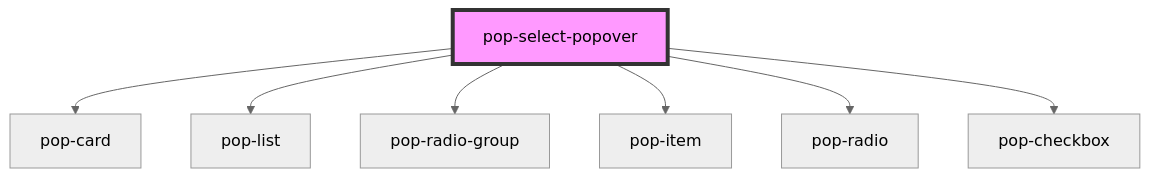
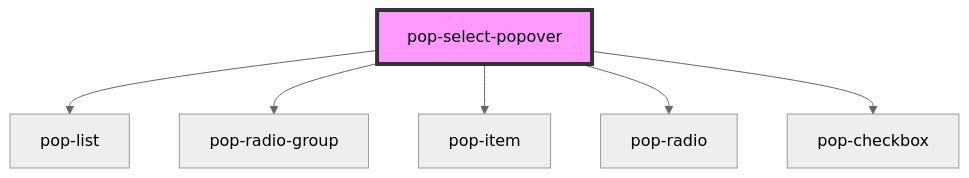
The diagram in core/src/components/select-popover/readme.md (CheeseGrinder/poppy-ui), drawn with Mermaid (neutral theme) before and after one commit. The commit also changed other lines of this file and 12 other files, not shown here.

````diff
--- a/core/src/components/select-popover/readme.md
+++ b/core/src/components/select-popover/readme.md
@@ -31,10 +30,9 @@
 ```mermaid
 graph TD;
-  pop-select-popover --> pop-card
   pop-select-popover --> pop-list
   pop-select-popover --> pop-radio-group
   pop-select-popover --> pop-item
   pop-select-popover --> pop-radio
   pop-select-popover --> pop-checkbox
   style pop-select-popover fill:#f9f,stroke:#333,stroke-width:4px
 ```
````
